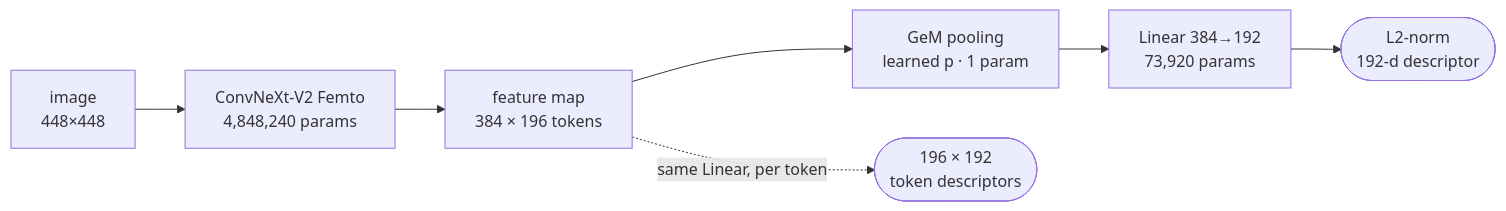
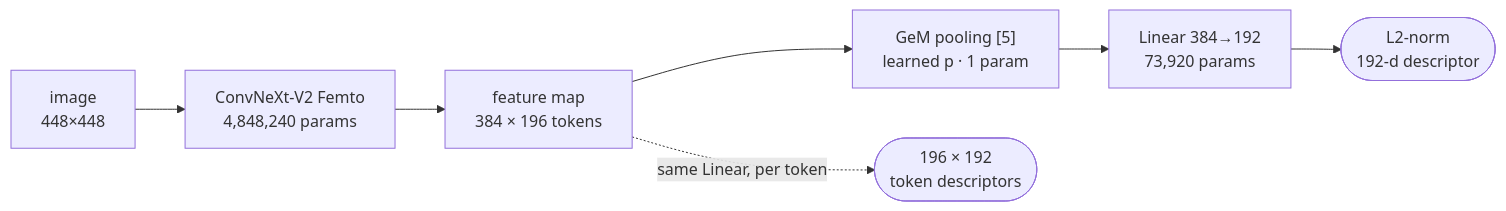
One commit to Pini-Hegde/Geolocation-Europe-Challenge changed the first of 3 diagrams in README.md. Above: the diagram before and after it, drawn with Mermaid. The commit also changed other lines of this file and 3 other files, not shown here.

````diff
--- a/README.md
+++ b/README.md
@@ -29,9 +29,9 @@
 ```mermaid
 flowchart LR
     A["image<br/>448×448"] --> B["ConvNeXt-V2 Femto<br/>4,848,240 params"]
     B --> C["feature map<br/>384 × 196 tokens"]
-    C --> D["GeM pooling<br/>learned p · 1 param"]
+    C --> D["GeM pooling [5]<br/>learned p · 1 param"]
     D --> E["Linear 384→192<br/>73,920 params"]
     E --> F(["L2-norm<br/>192-d descriptor"])
     C -. "same Linear, per token" .-> G(["196 × 192<br/>token descriptors"])
 ```
````
